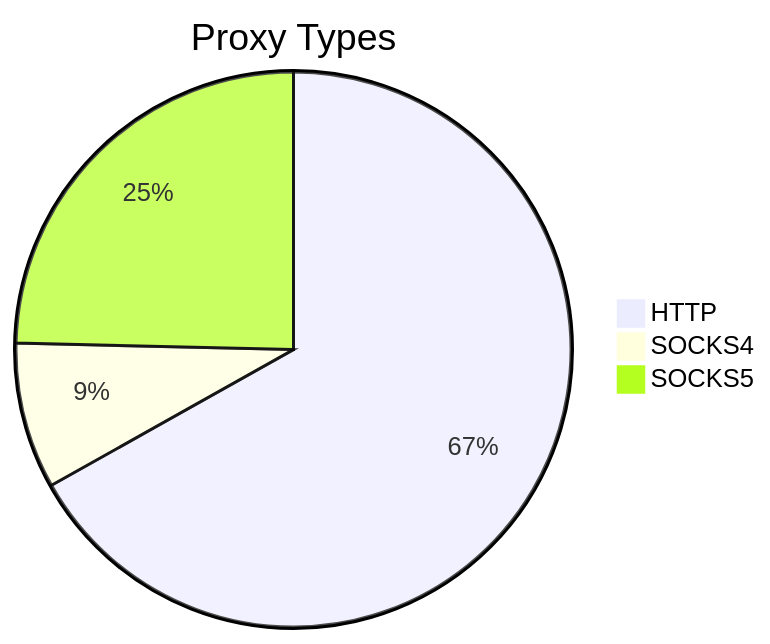
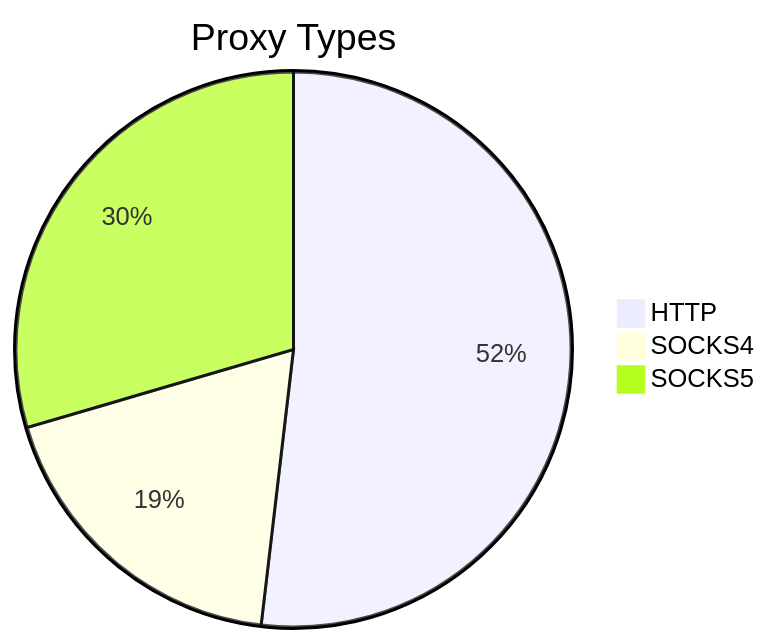
Before and after one commit to stormsia/proxy-list: the first of 2 diagrams in README.md, drawn with Mermaid. The commit also changed other lines of this file, not shown here.

````diff
--- a/README.md
+++ b/README.md
@@ -21,6 +21,6 @@
 ```mermaid
 pie title Proxy Types
-    "HTTP" : 228
-    "SOCKS4" : 29
-    "SOCKS5" : 84
+    "HTTP" : 223
+    "SOCKS4" : 80
+    "SOCKS5" : 127
 ```
````
